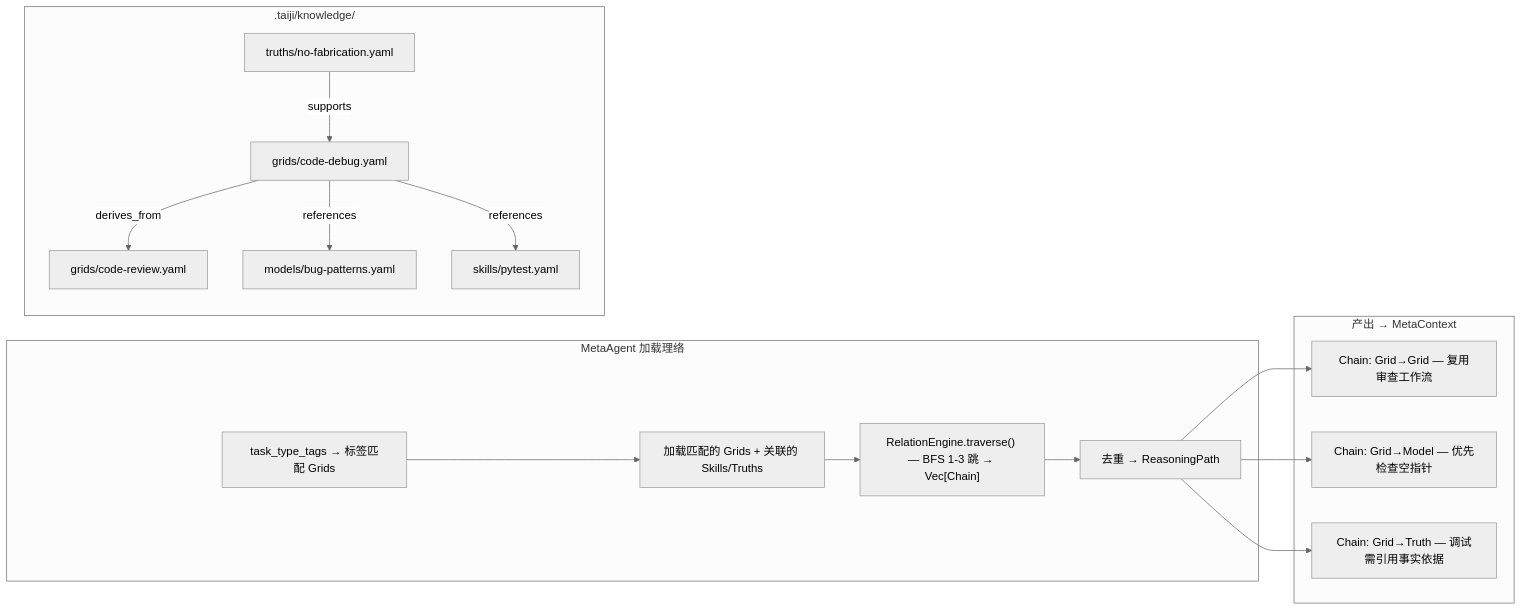
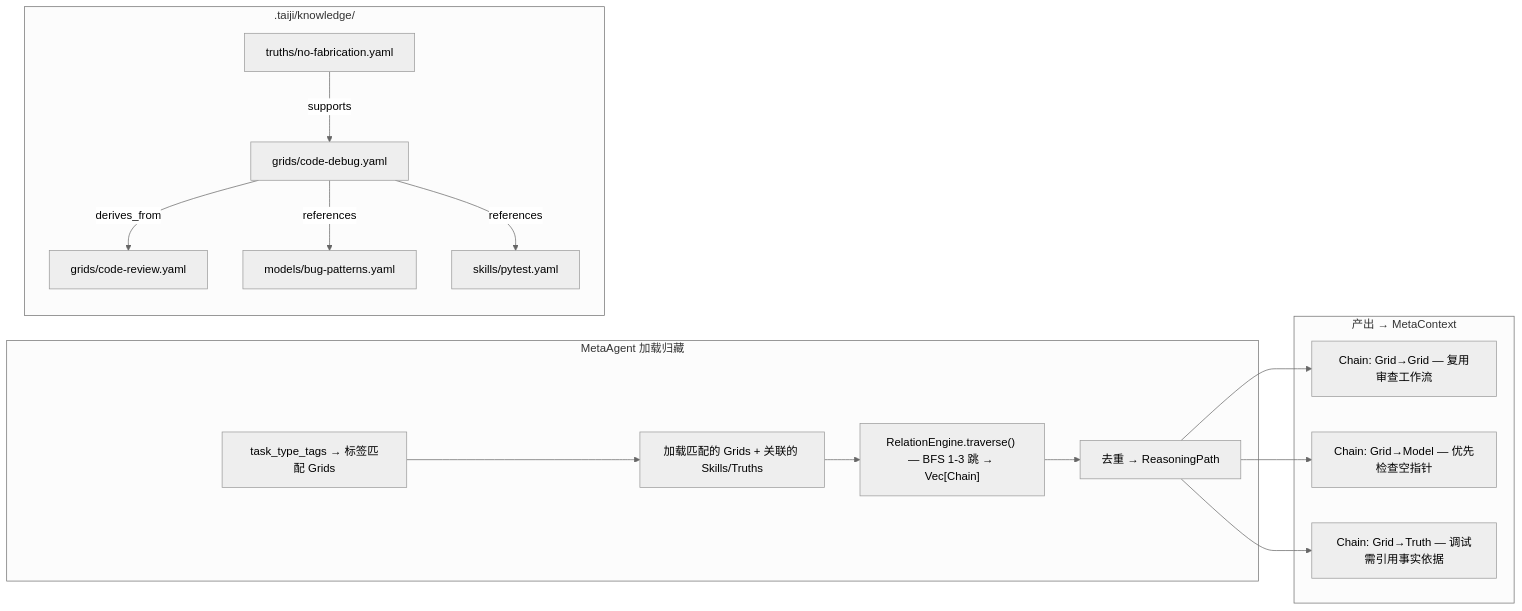
One commit to wenge6090-tech/taiji changed the sixth of 7 diagrams in BCP-蓝图-完型协议.md. Above: the diagram before and after it, drawn with Mermaid (neutral theme). The commit also changed other lines of this file and 11 other files, not shown here.

````diff
--- a/BCP-蓝图-完型协议.md
+++ b/BCP-蓝图-完型协议.md
@@ -519,30 +539,30 @@
 ```mermaid
 flowchart LR
-    subgraph "MetaAgent 加载理络"
+    subgraph "MetaAgent 加载归藏"
         QUERY["task_type_tags → 标签匹配 Grids"]
         QUERY --> LOAD["加载匹配的 Grids + 关联的 Skills/Truths"]
         LOAD --> BFS["RelationEngine.traverse() — BFS 1-3 跳 → Vec[Chain]"]
         BFS --> DEDUP["去重 → ReasoningPath"]
     end
 
     subgraph ".taiji/knowledge/"
         G1["grids/code-debug.yaml"]
         G2["grids/code-review.yaml"]
         M1["models/bug-patterns.yaml"]
         S1["skills/pytest.yaml"]
         T1["truths/no-fabrication.yaml"]
 
         G1 -->|derives_from| G2
         G1 -->|references| M1
         G1 -->|references| S1
         T1 -->|supports| G1
     end
 
     subgraph "产出 → MetaContext"
         C1["Chain: Grid→Grid — 复用审查工作流"]
         C2["Chain: Grid→Model — 优先检查空指针"]
         C3["Chain: Grid→Truth — 调试需引用事实依据"]
     end
 
     DEDUP --> C1 & C2 & C3
 ```
````
